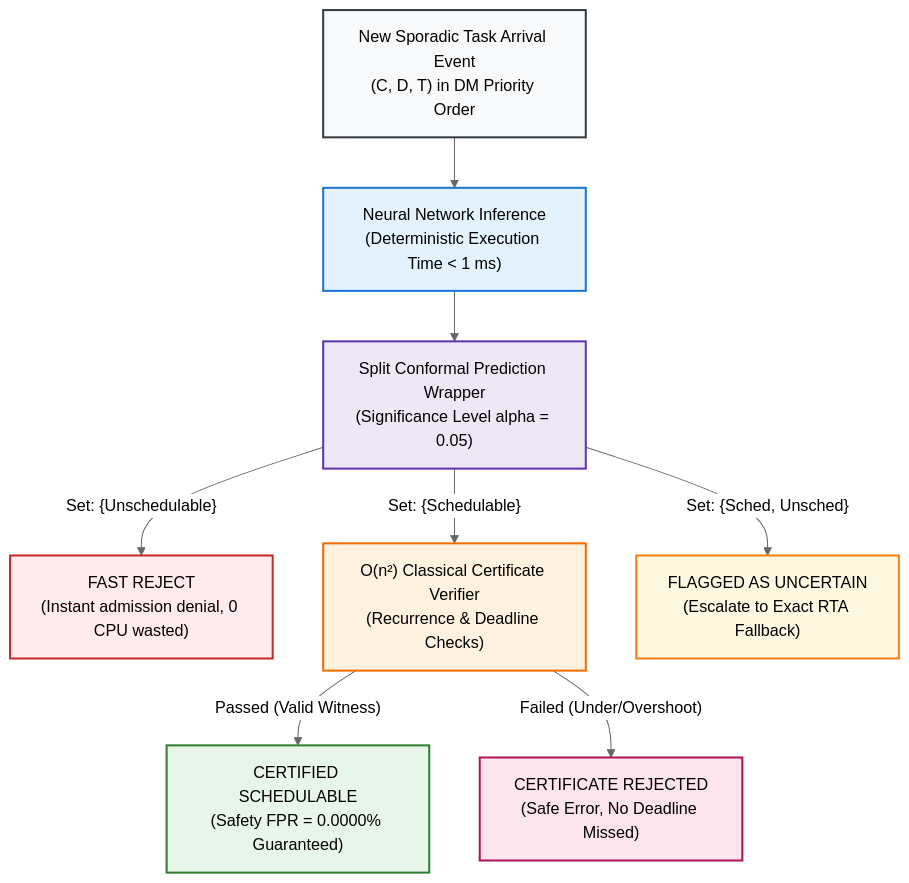
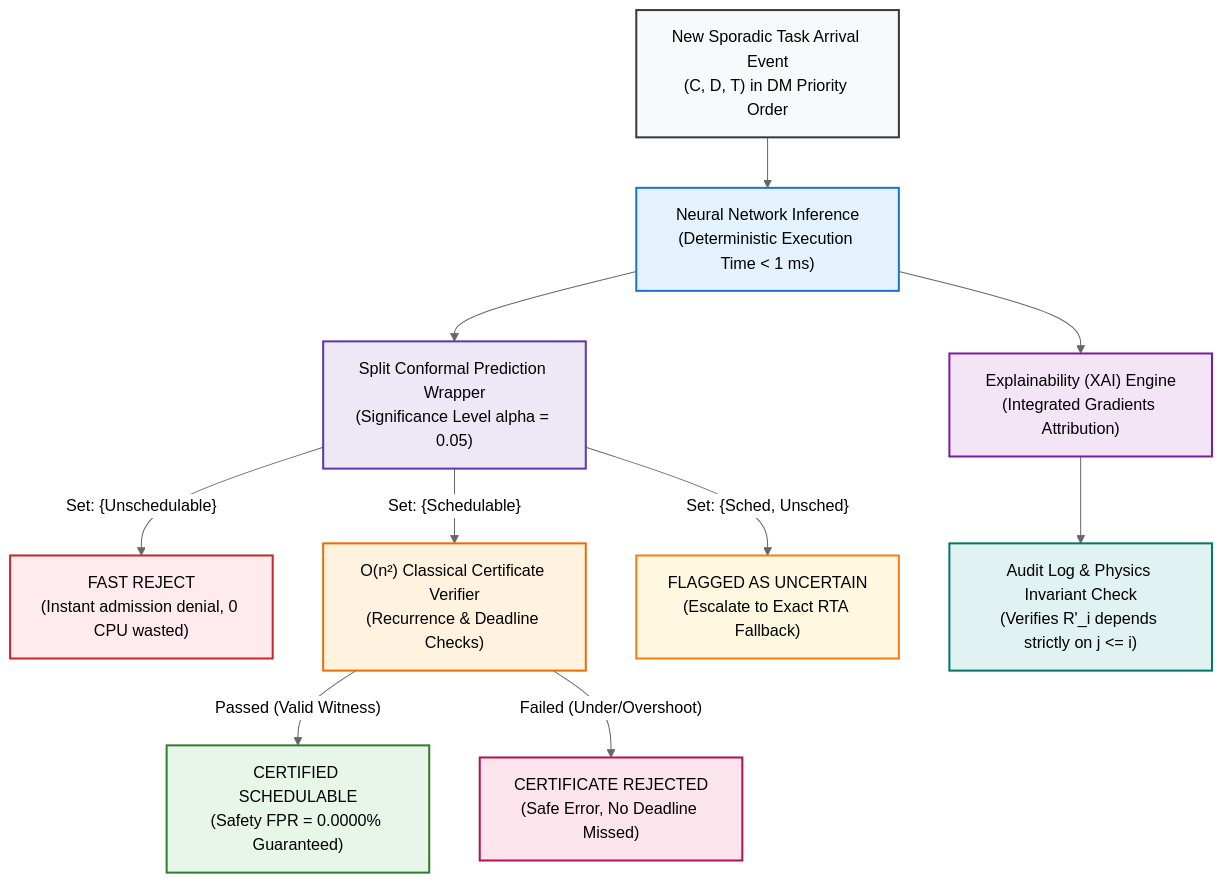
One commit to RK0297/rts-conformal-schedulability changed the second of 2 diagrams in README.md. Above: the diagram before and after it, drawn with Mermaid (neutral theme). The commit also changed other lines of this file, not shown here.

````diff
--- a/README.md
+++ b/README.md
@@ -240,22 +302,27 @@
 ```mermaid
 flowchart TD
     A["New Sporadic Task Arrival Event<br>(C, D, T) in DM Priority Order"] --> B["Neural Network Inference<br>(Deterministic Execution Time < 1 ms)"]
     
     B --> C["Split Conformal Prediction Wrapper<br>(Significance Level alpha = 0.05)"]
     
     C -->|"Set: {Unschedulable}"| D["FAST REJECT<br>(Instant admission denial, 0 CPU wasted)"]
     C -->|"Set: {Schedulable}"| E["O(n²) Classical Certificate Verifier<br>(Recurrence & Deadline Checks)"]
     C -->|"Set: {Sched, Unsched}"| F["FLAGGED AS UNCERTAIN<br>(Escalate to Exact RTA Fallback)"]
     
     E -->|"Passed (Valid Witness)"| G["CERTIFIED SCHEDULABLE<br>(Safety FPR = 0.0000% Guaranteed)"]
     E -->|"Failed (Under/Overshoot)"| H["CERTIFICATE REJECTED<br>(Safe Error, No Deadline Missed)"]
+    
+    B --> I["Explainability (XAI) Engine<br>(Integrated Gradients Attribution)"]
+    I --> J["Audit Log & Physics Invariant Check<br>(Verifies R'_i depends strictly on j <= i)"]
 
     style A fill:#f8f9fa,stroke:#343a40,stroke-width:2px
     style B fill:#e3f2fd,stroke:#1976d2,stroke-width:2px
     style C fill:#ede7f6,stroke:#5e35b1,stroke-width:2px
     style D fill:#ffebee,stroke:#c62828,stroke-width:2px
     style E fill:#fff3e0,stroke:#ef6c00,stroke-width:2px
     style F fill:#fff8e1,stroke:#f57f17,stroke-width:2px
     style G fill:#e8f5e9,stroke:#2e7d32,stroke-width:2px
     style H fill:#fce4ec,stroke:#ad1457,stroke-width:2px
+    style I fill:#f3e5f5,stroke:#7b1fa2,stroke-width:2px
+    style J fill:#e0f2f1,stroke:#00796b,stroke-width:2px
 ```
````
